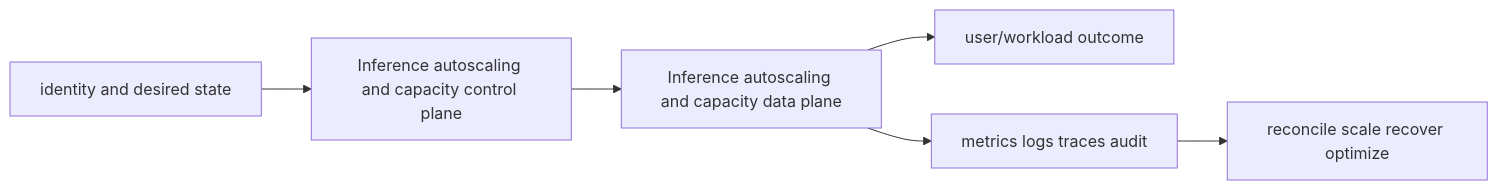
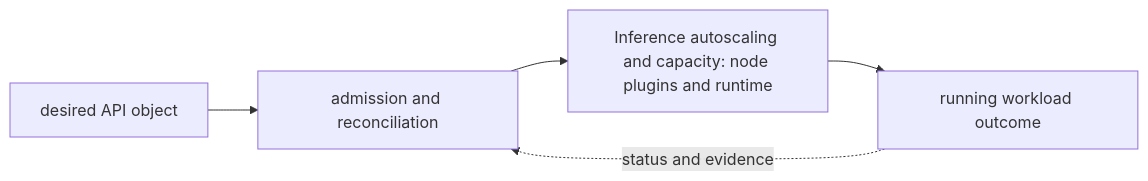
One commit to tomkidumbuyo/DevOps-interview-preparation changed the diagram in 06-kubernetes/09-gpu-llmops/04-inference-autoscaling/README.md. Above: the diagram before and after it, drawn with Mermaid. The commit also changed other lines of this file and 753 other files, not shown here.

````diff
--- a/06-kubernetes/09-gpu-llmops/04-inference-autoscaling/README.md
+++ b/06-kubernetes/09-gpu-llmops/04-inference-autoscaling/README.md
@@ -19,8 +31,7 @@
 ```mermaid
 flowchart LR
-  I[identity and desired state] --> C[Inference autoscaling and capacity control plane]
-  C --> D[Inference autoscaling and capacity data plane]
-  D --> U[user/workload outcome]
-  D --> O[metrics logs traces audit]
-  O --> R[reconcile scale recover optimize]
+  A["desired API object"] --> B["admission and reconciliation"]
+  B --> C["Inference autoscaling and capacity: node plugins and runtime"]
+  C --> D["running workload outcome"]
+  D -. "status and evidence" .-> B
 ```
````
